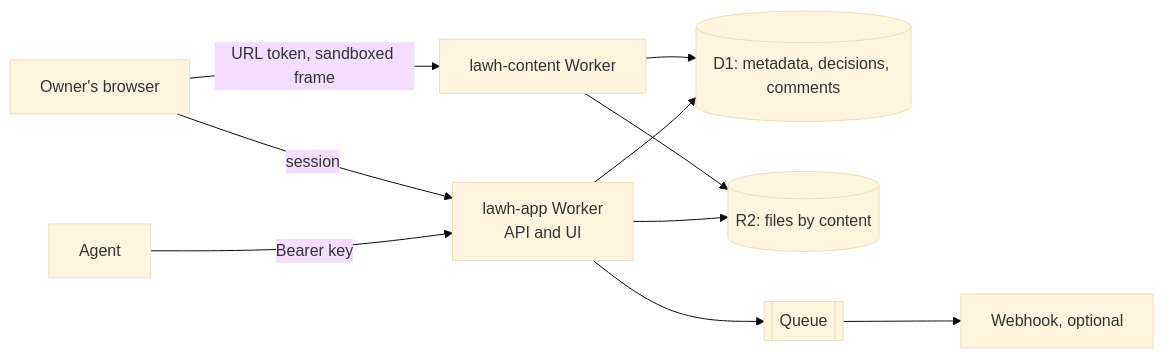
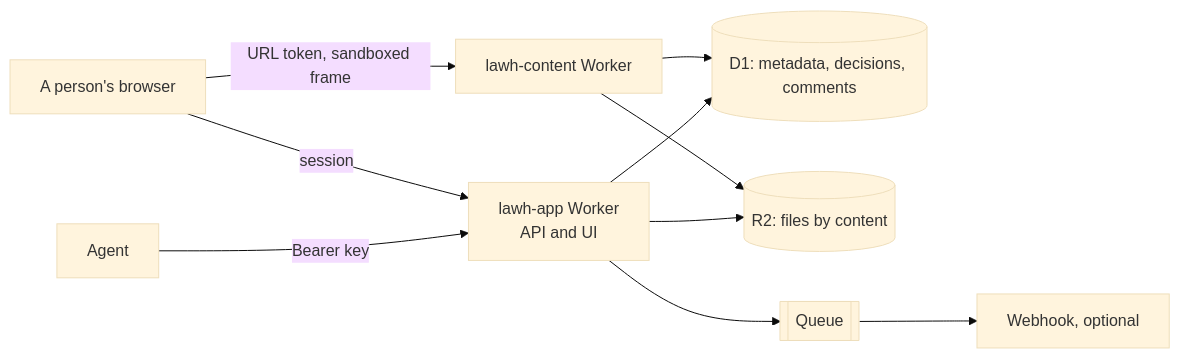
Before and after one commit to Hamza-Labs-Core/lawh: the diagram in docs/spec/README.md, drawn with Mermaid (base theme). The commit also changed other lines of this file and 26 other files, not shown here.

````diff
--- a/docs/spec/README.md
+++ b/docs/spec/README.md
@@ -26,11 +28,11 @@
 ```mermaid
 flowchart LR
   A[Agent] -- "Bearer key" --> W[lawh-app Worker<br>API and UI]
-  O[Owner's browser] -- session --> W
+  O[A person's browser] -- session --> W
   O -- "URL token, sandboxed frame" --> C[lawh-content Worker]
   W --> D[(D1: metadata, decisions, comments)]
   W --> R[(R2: files by content)]
   C --> D
   C --> R
   W --> Q[[Queue]] --> H[Webhook, optional]
 ```
````
